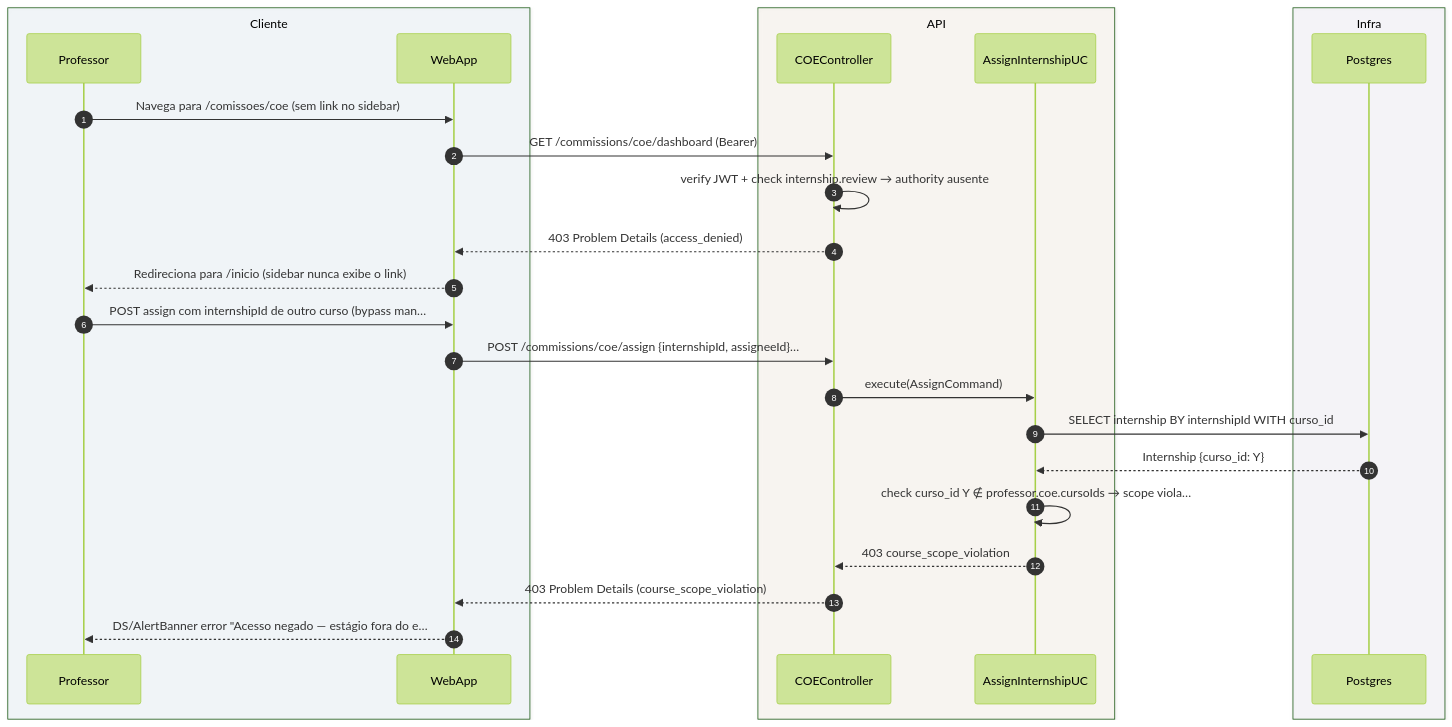
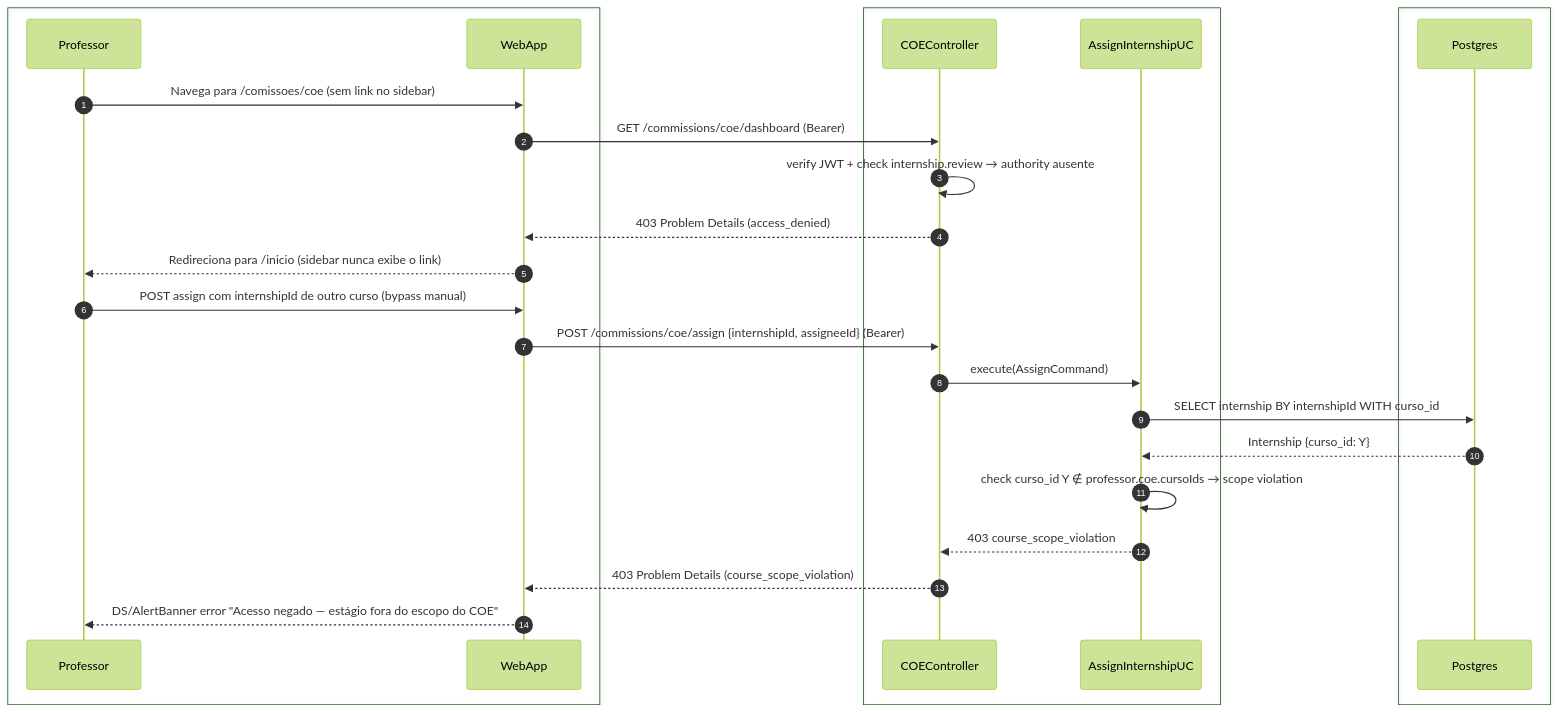
The fifth of 5 diagrams in foundationDocs/sequenceDiagrams/F4 — Comissões/US-F4-002-COMISSAO-COE.md (umishell/secretariaOnline2), drawn with Mermaid (forest theme) before and after one commit. The commit also changed other lines of this file and 70 other files, not shown here.

First line of the commit message:
Enhance database documentation and introduce new schema files

````diff
--- a/foundationDocs/sequenceDiagrams/F4 — Comissões/US-F4-002-COMISSAO-COE.md
+++ b/foundationDocs/sequenceDiagrams/F4 — Comissões/US-F4-002-COMISSAO-COE.md
@@ -234,31 +234,31 @@
 ```mermaid
 sequenceDiagram
     autonumber
-    box rgba(230,245,255,0.3) Cliente
+    box #f4f4f4 Cliente
         participant Professor
         participant WebApp
     end
-    box rgba(255,245,230,0.3) API
+    box #f4f4f4 API
         participant CTRL as COEController
         participant UC as AssignInternshipUC
     end
-    box rgba(245,240,255,0.3) Infra
+    box #f4f4f4 Infra
         participant DB as Postgres
     end
 
     Professor->>WebApp: Navega para /comissoes/coe (sem link no sidebar)
     WebApp->>CTRL: GET /commissions/coe/dashboard (Bearer)
     CTRL->>CTRL: verify JWT + check internship.review → authority ausente
     CTRL-->>WebApp: 403 Problem Details (access_denied)
     WebApp-->>Professor: Redireciona para /inicio (sidebar nunca exibe o link)
 
-    Professor->>WebApp: POST assign com internshipId de outro curso (bypass man…
-    WebApp->>CTRL: POST /commissions/coe/assign {internshipId, assigneeId}…
+    Professor->>WebApp: POST assign com internshipId de outro curso (bypass manual)
+    WebApp->>CTRL: POST /commissions/coe/assign {internshipId, assigneeId} (Bearer)
     CTRL->>UC: execute(AssignCommand)
     UC->>DB: SELECT internship BY internshipId WITH curso_id
     DB-->>UC: Internship {curso_id: Y}
-    UC->>UC: check curso_id Y ∉ professor.coe.cursoIds → scope viola…
+    UC->>UC: check curso_id Y ∉ professor.coe.cursoIds → scope violation
     UC-->>CTRL: 403 course_scope_violation
     CTRL-->>WebApp: 403 Problem Details (course_scope_violation)
-    WebApp-->>Professor: DS/AlertBanner error "Acesso negado — estágio fora do e…
+    WebApp-->>Professor: DS/AlertBanner error "Acesso negado — estágio fora do escopo do COE"
 ```
````
